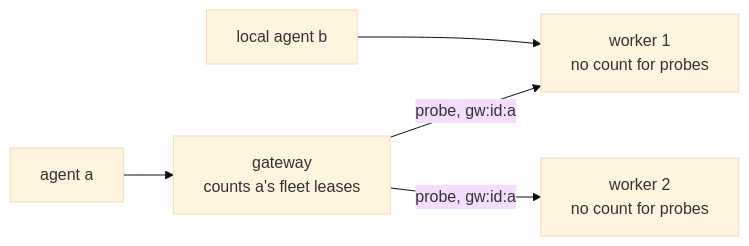
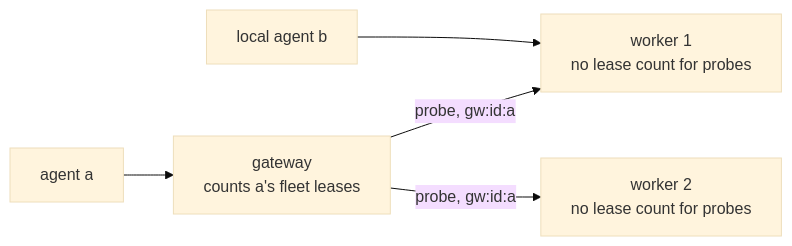
The diagram in docs/internal/adr/0023-a-requester-may-hold-up-to-a-configured-number-of-leases.md (callstackincubator/simlock), drawn with Mermaid (base theme) before and after one commit. The commit also changed other lines of this file, not shown here.

Commit message:
docs(adr): 0023 probes skip only the lease count; over-limit leases are kept

````diff
--- a/docs/internal/adr/0023-a-requester-may-hold-up-to-a-configured-number-of-leases.md
+++ b/docs/internal/adr/0023-a-requester-may-hold-up-to-a-configured-number-of-leases.md
@@ -50,7 +52,7 @@
 ```mermaid
 flowchart LR
   A[agent a] --> G[gateway<br/>counts a's fleet leases]
-  G -- probe, gw:id:a --> W1[worker 1<br/>no count for probes]
-  G -- probe, gw:id:a --> W2[worker 2<br/>no count for probes]
+  G -- probe, gw:id:a --> W1[worker 1<br/>no lease count for probes]
+  G -- probe, gw:id:a --> W2[worker 2<br/>no lease count for probes]
   B[local agent b] --> W1
 ```
````
